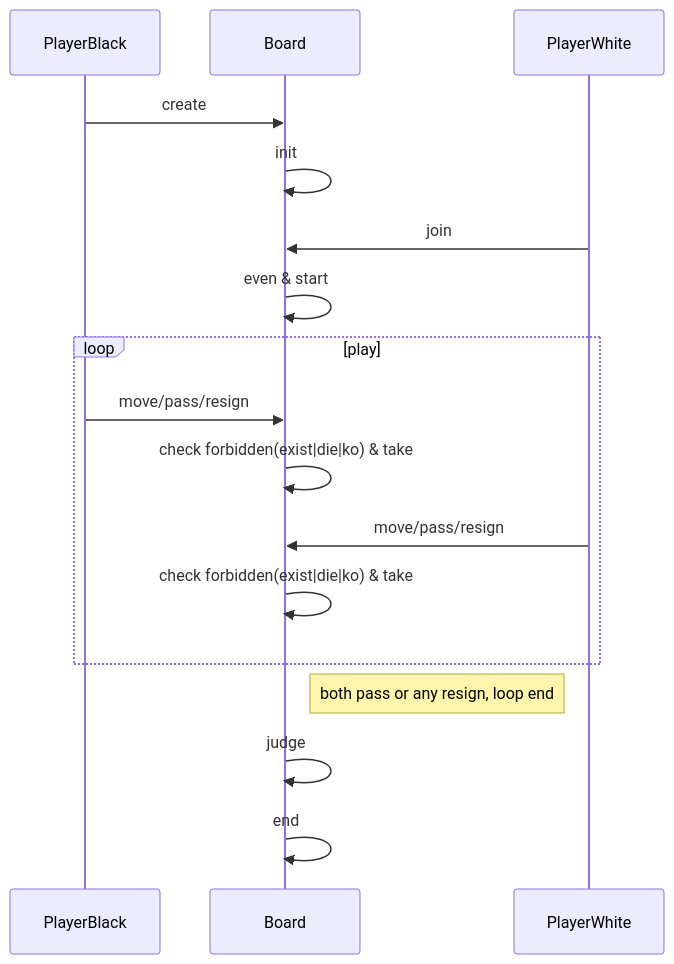
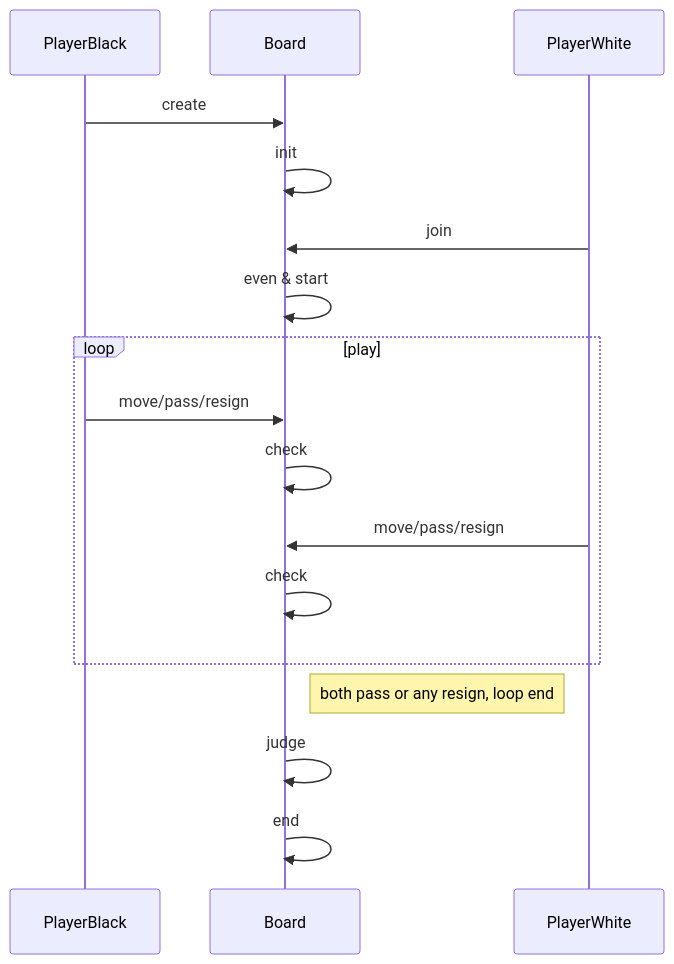
The first of 2 diagrams in README.md (mapleque/jjyygo), drawn with Mermaid before and after one commit. The commit also changed other lines of this file, not shown here.

Commit message:
docs: check flow

````diff
--- a/README.md
+++ b/README.md
@@ -6,16 +6,16 @@
 ```mermaid
 sequenceDiagram
 PlayerBlack->>Board: create
 Board->>Board: init
 PlayerWhite->>Board: join
 Board->>Board: even & start
 loop play
   PlayerBlack->>Board: move/pass/resign
-  Board->>Board: check forbidden(exist|die|ko) & take
+  Board->>Board: check
   PlayerWhite->>Board: move/pass/resign
-  Board->>Board: check forbidden(exist|die|ko) & take
+  Board->>Board: check
 end
 Note right of Board: both pass or any resign, loop end
 Board->>Board: judge
 Board->>Board: end
 ```
````
